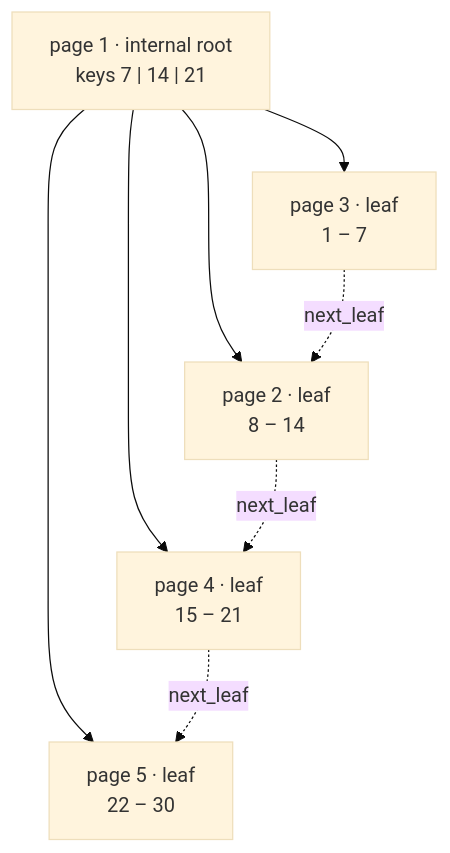
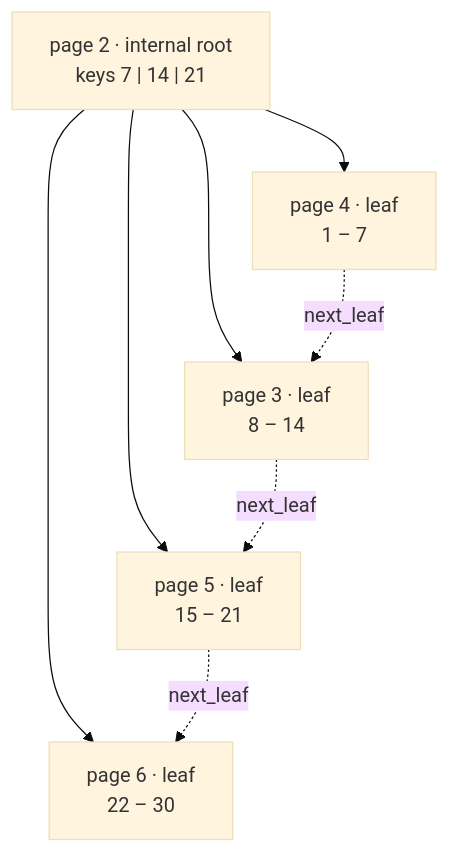
The tenth of 21 diagrams in README.md (Rohitangshu2026/mini-sql), drawn with Mermaid (base theme) before and after one commit. The commit also changed other lines of this file, not shown here.

````diff
--- a/README.md
+++ b/README.md
@@ -617,13 +716,13 @@
 ```mermaid
 flowchart TD
-    R["page 1 · internal root<br/>keys 7 | 14 | 21"]
-    L1["page 3 · leaf<br/>1 – 7"]
-    L2["page 2 · leaf<br/>8 – 14"]
-    L3["page 4 · leaf<br/>15 – 21"]
-    L4["page 5 · leaf<br/>22 – 30"]
+    R["page 2 · internal root<br/>keys 7 | 14 | 21"]
+    L1["page 4 · leaf<br/>1 – 7"]
+    L2["page 3 · leaf<br/>8 – 14"]
+    L3["page 5 · leaf<br/>15 – 21"]
+    L4["page 6 · leaf<br/>22 – 30"]
     R --> L1
     R --> L2
     R --> L3
     R --> L4
     L1 -.->|next_leaf| L2 -.->|next_leaf| L3 -.->|next_leaf| L4
 ```
````
